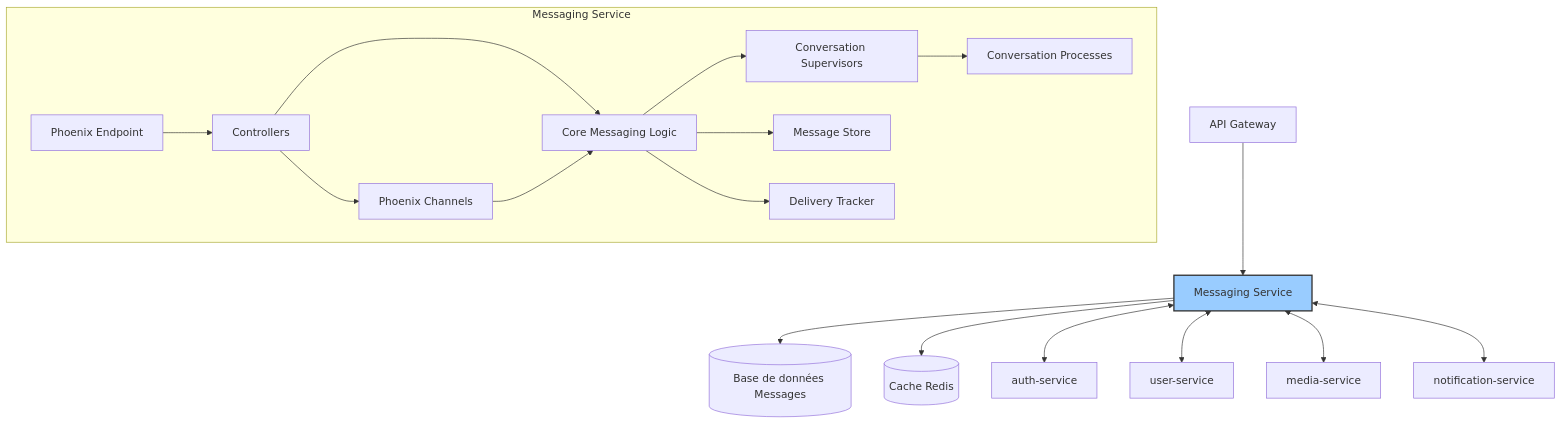
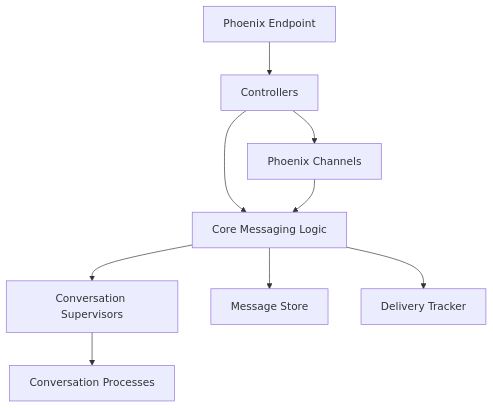
The first of 5 diagrams in documentation/src/1_architecture/1_system_design.md (whispr-messenger/messaging-service), drawn with Mermaid before and after one commit. The commit also changed other lines of this file and 2 other files, not shown here.

Commit message:
feat: add an SVG schema of the system overview

````diff
--- a/documentation/src/1_architecture/1_system_design.md
+++ b/documentation/src/1_architecture/1_system_design.md
@@ -25,24 +36,11 @@
 ```mermaid
 graph TD
-    A[API Gateway] --> B[Messaging Service]
-    B --> C[(Base de données Messages)]
-    B --> D[(Cache Redis)]
-    
-    subgraph "Messaging Service"
-        E[Phoenix Endpoint] --> F[Controllers]
-        F --> G[Phoenix Channels]
-        F --> H[Core Messaging Logic]
-        G --> H
-        H --> I[Conversation Supervisors]
-        I --> J[Conversation Processes]
-        H --> K[Message Store]
-        H --> L[Delivery Tracker]
-    end
-    
-    B <--> M[auth-service]
-    B <--> N[user-service]
-    B <--> O[media-service]
-    B <--> P[notification-service]
-    
-    style B fill:#9cf,stroke:#333,stroke-width:2px
+  E[Phoenix Endpoint] --> F[Controllers]
+  F --> G[Phoenix Channels]
+  F --> H[Core Messaging Logic]
+  G --> H
+  H --> I[Conversation Supervisors]
+  I --> J[Conversation Processes]
+  H --> K[Message Store]
+  H --> L[Delivery Tracker]
 ```
````
